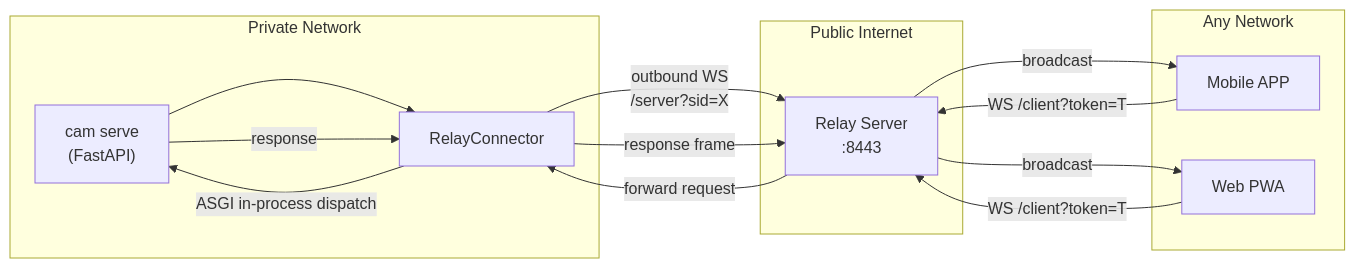
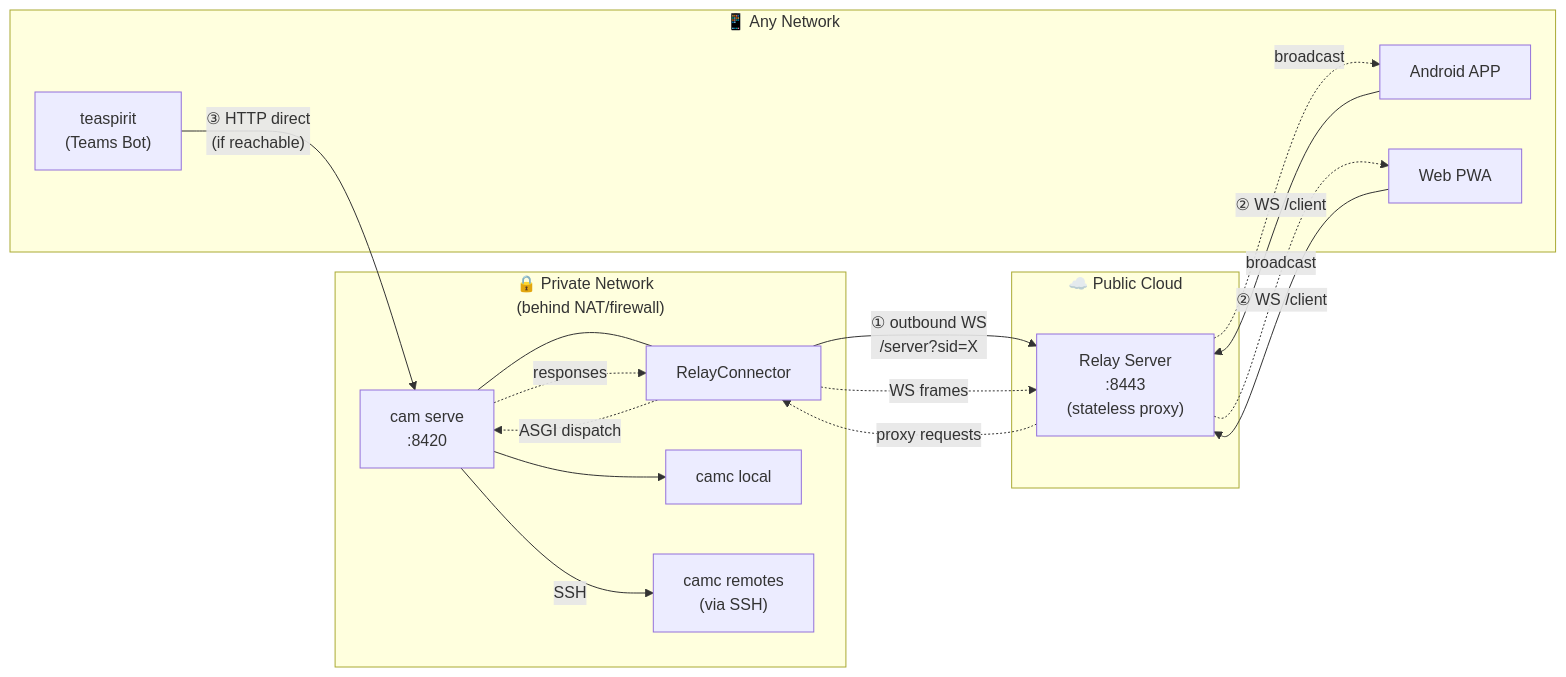
The sixth of 9 diagrams in docs/architecture-mermaid.md (orlunix/cam), drawn with Mermaid before and after one commit. The commit also changed other lines of this file, not shown here.

First line of the commit message:
Rewrite Mermaid diagrams: deployment topology with multiple camc instances

````diff
--- a/docs/architecture-mermaid.md
+++ b/docs/architecture-mermaid.md
@@ -235,28 +391,36 @@
 ```mermaid
 graph LR
-    subgraph Private["Private Network"]
-        serve["cam serve<br/>(FastAPI)"]
+    subgraph Private["🔒 Private Network<br/>(behind NAT/firewall)"]
+        serve["cam serve<br/>:8420"]
         rc["RelayConnector"]
+        camc_l["camc local"]
+        camc_r["camc remotes<br/>(via SSH)"]
     end
 
-    subgraph Public["Public Internet"]
-        relay["Relay Server<br/>:8443"]
+    subgraph Cloud["☁️ Public Cloud"]
+        relay["Relay Server<br/>:8443<br/>(stateless proxy)"]
     end
 
-    subgraph Clients["Any Network"]
-        mobile["Mobile APP"]
+    subgraph Anywhere["📱 Any Network"]
+        app["Android APP"]
         web["Web PWA"]
+        teams["teaspirit<br/>(Teams Bot)"]
     end
 
-    serve --> rc
-    rc -->|"outbound WS<br/>/server?sid=X"| relay
-    mobile -->|"WS /client?token=T"| relay
-    web -->|"WS /client?token=T"| relay
+    serve --- rc
+    rc -->|"① outbound WS<br/>/server?sid=X"| relay
 
-    relay -->|"forward request"| rc
-    rc -->|"ASGI in-process dispatch"| serve
-    serve -->|"response"| rc
-    rc -->|"response frame"| relay
-    relay -->|"broadcast"| mobile
-    relay -->|"broadcast"| web
+    app -->|"② WS /client"| relay
+    web -->|"② WS /client"| relay
+    teams -->|"③ HTTP direct<br/>(if reachable)"| serve
+
+    relay -.->|"proxy requests"| rc
+    rc -.->|"ASGI dispatch"| serve
+    serve -.->|"responses"| rc
+    rc -.->|"WS frames"| relay
+    relay -.->|"broadcast"| app
+    relay -.->|"broadcast"| web
+
+    serve --> camc_l
+    serve -->|"SSH"| camc_r
 ```
````
